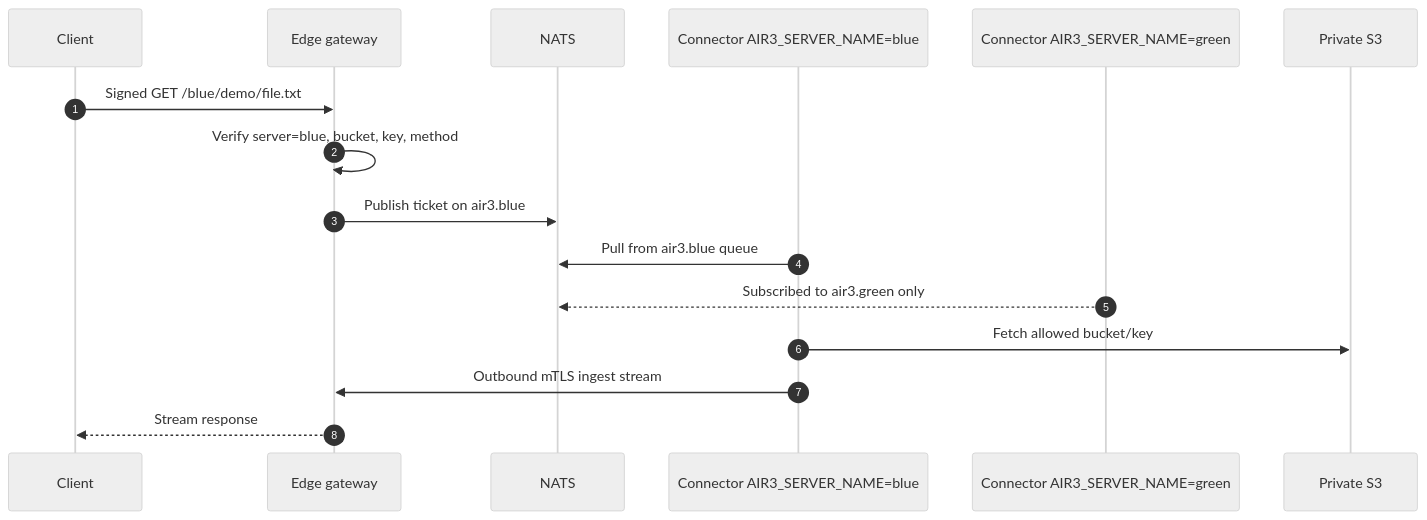
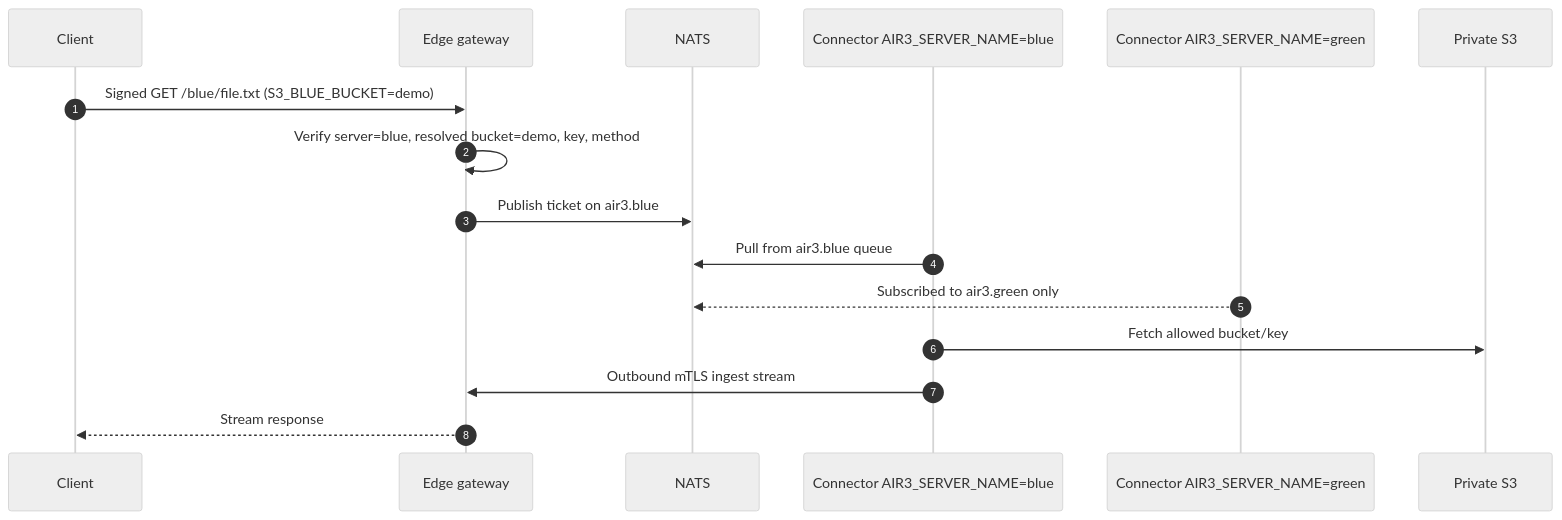
Before and after one commit to terion-name/air3: the second of 4 diagrams in docs/architecture.md, drawn with Mermaid (neutral theme). The commit also changed other lines of this file and 4 other files, not shown here.

````diff
--- a/docs/architecture.md
+++ b/docs/architecture.md
@@ -45,19 +45,19 @@
 ```mermaid
 sequenceDiagram
     autonumber
     participant Client
     participant Edge as Edge gateway
     participant NATS as NATS
     participant Blue as Connector AIR3_SERVER_NAME=blue
     participant Green as Connector AIR3_SERVER_NAME=green
     participant S3 as Private S3
 
-    Client->>Edge: Signed GET /blue/demo/file.txt
-    Edge->>Edge: Verify server=blue, bucket, key, method
+    Client->>Edge: Signed GET /blue/file.txt (S3_BLUE_BUCKET=demo)
+    Edge->>Edge: Verify server=blue, resolved bucket=demo, key, method
     Edge->>NATS: Publish ticket on air3.blue
     Blue->>NATS: Pull from air3.blue queue
     Green-->>NATS: Subscribed to air3.green only
     Blue->>S3: Fetch allowed bucket/key
     Blue->>Edge: Outbound mTLS ingest stream
     Edge-->>Client: Stream response
 ```
````
